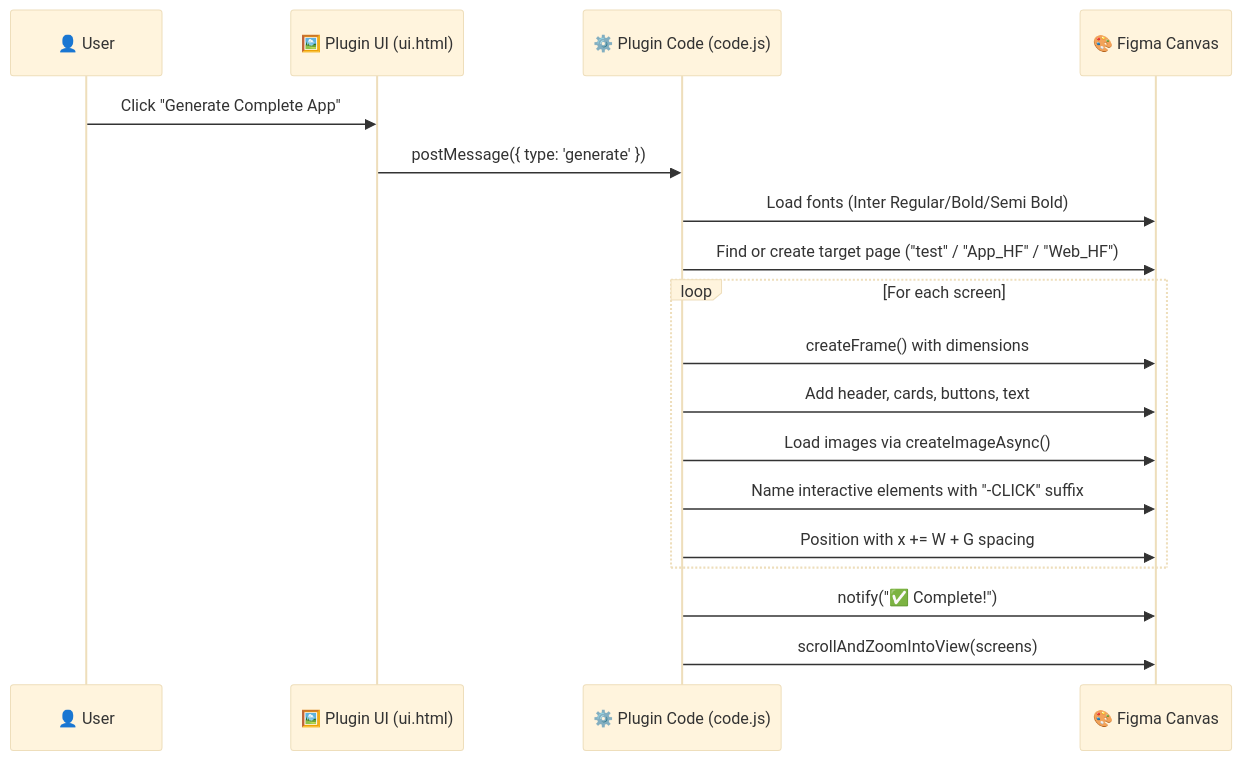
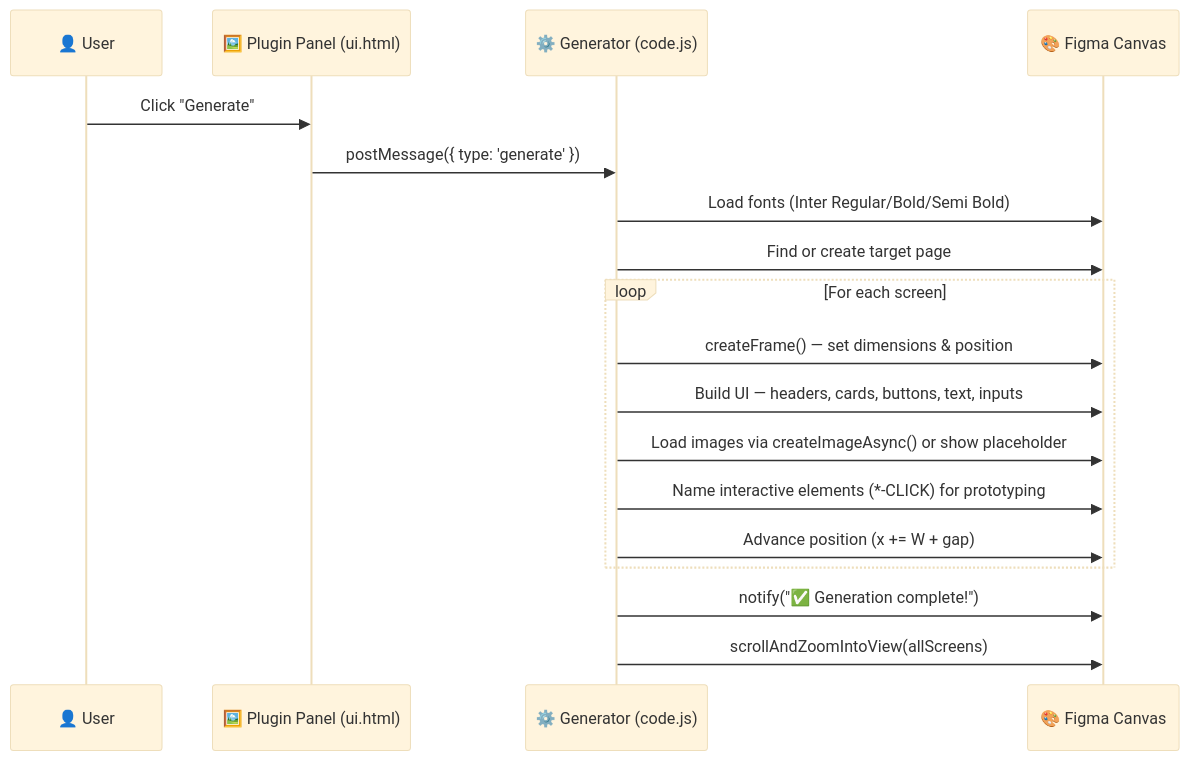
The third of 4 diagrams in README.md (MaazSohail11/Figma-Screen-generator), drawn with Mermaid (base theme) before and after one commit. The commit also changed other lines of this file, not shown here.

Commit message:
Rewrite README: position as generic Figma Screen Generator tool, remove domain-specific branding

````diff
--- a/README.md
+++ b/README.md
@@ -301,23 +240,23 @@
 ```mermaid
 sequenceDiagram
     participant U as 👤 User
-    participant UI as 🖼️ Plugin UI (ui.html)
-    participant JS as ⚙️ Plugin Code (code.js)
+    participant UI as 🖼️ Plugin Panel (ui.html)
+    participant JS as ⚙️ Generator (code.js)
     participant F as 🎨 Figma Canvas
 
-    U->>UI: Click "Generate Complete App"
+    U->>UI: Click "Generate"
     UI->>JS: postMessage({ type: 'generate' })
     JS->>F: Load fonts (Inter Regular/Bold/Semi Bold)
-    JS->>F: Find or create target page ("test" / "App_HF" / "Web_HF")
+    JS->>F: Find or create target page
     
     loop For each screen
-        JS->>F: createFrame() with dimensions
-        JS->>F: Add header, cards, buttons, text
-        JS->>F: Load images via createImageAsync()
-        JS->>F: Name interactive elements with "-CLICK" suffix
-        JS->>F: Position with x += W + G spacing
+        JS->>F: createFrame() — set dimensions & position
+        JS->>F: Build UI — headers, cards, buttons, text, inputs
+        JS->>F: Load images via createImageAsync() or show placeholder
+        JS->>F: Name interactive elements (*-CLICK) for prototyping
+        JS->>F: Advance position (x += W + gap)
     end
     
-    JS->>F: notify("✅ Complete!")
-    JS->>F: scrollAndZoomIntoView(screens)
+    JS->>F: notify("✅ Generation complete!")
+    JS->>F: scrollAndZoomIntoView(allScreens)
 ```
````
